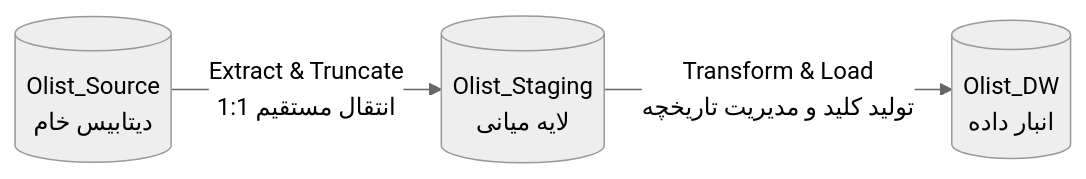
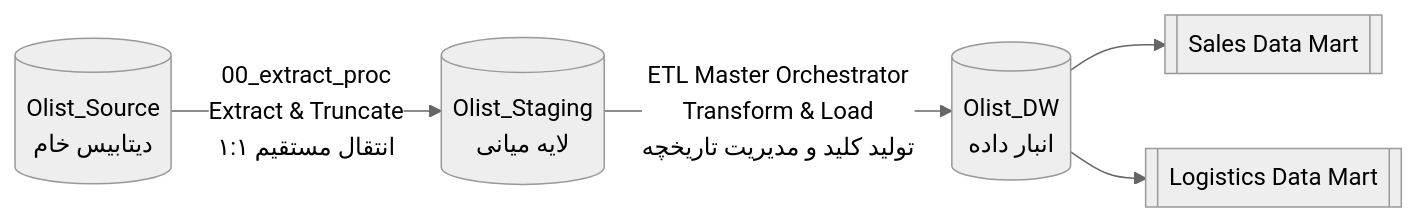
Before and after one commit to YasinSaberi/Olist-E-Commerce-DW: the diagram in docs/ETL_Mapping_Document.md, drawn with Mermaid (neutral theme). The commit also changed other lines of this file, not shown here.

````diff
--- a/docs/ETL_Mapping_Document.md
+++ b/docs/ETL_Mapping_Document.md
@@ -7,5 +28,7 @@
 ```mermaid
 graph LR
-    A[(Olist_Source<br/>دیتابیس خام)] -->|Extract & Truncate<br/>انتقال مستقیم 1:1| B[(Olist_Staging<br/>لایه میانی)]
-    B -->|Transform & Load<br/>تولید کلید و مدیریت تاریخچه| C[(Olist_DW<br/>انبار داده)]
+    A[(Olist_Source<br/>دیتابیس خام)] -->|"00_extract_proc<br/>Extract & Truncate<br/>انتقال مستقیم ۱:۱"| B[(Olist_Staging<br/>لایه میانی)]
+    B -->|"ETL Master Orchestrator<br/>Transform & Load<br/>تولید کلید و مدیریت تاریخچه"| C[(Olist_DW<br/>انبار داده)]
+    C --> D[[Sales Data Mart]]
+    C --> E[[Logistics Data Mart]]
 ```
````
